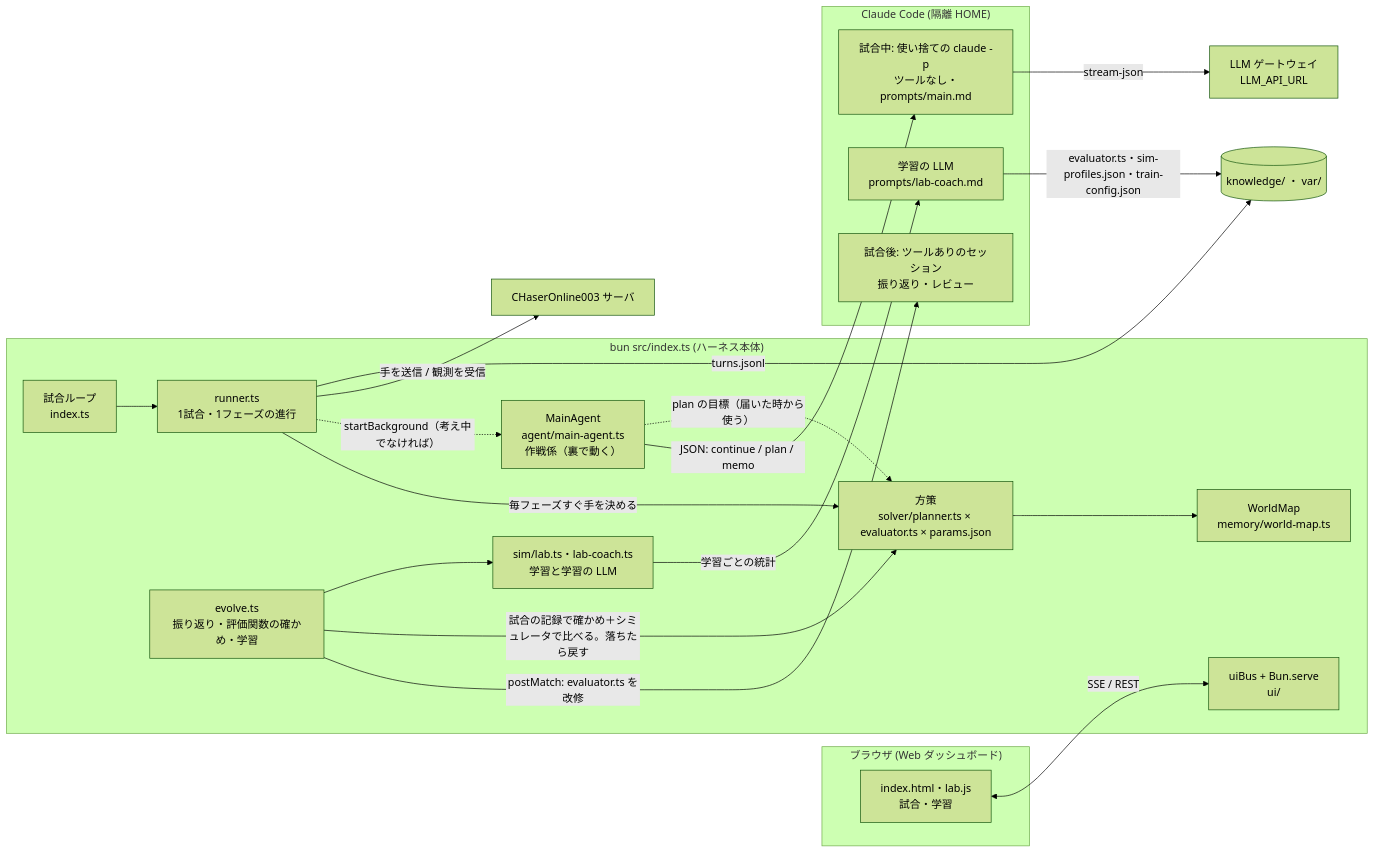
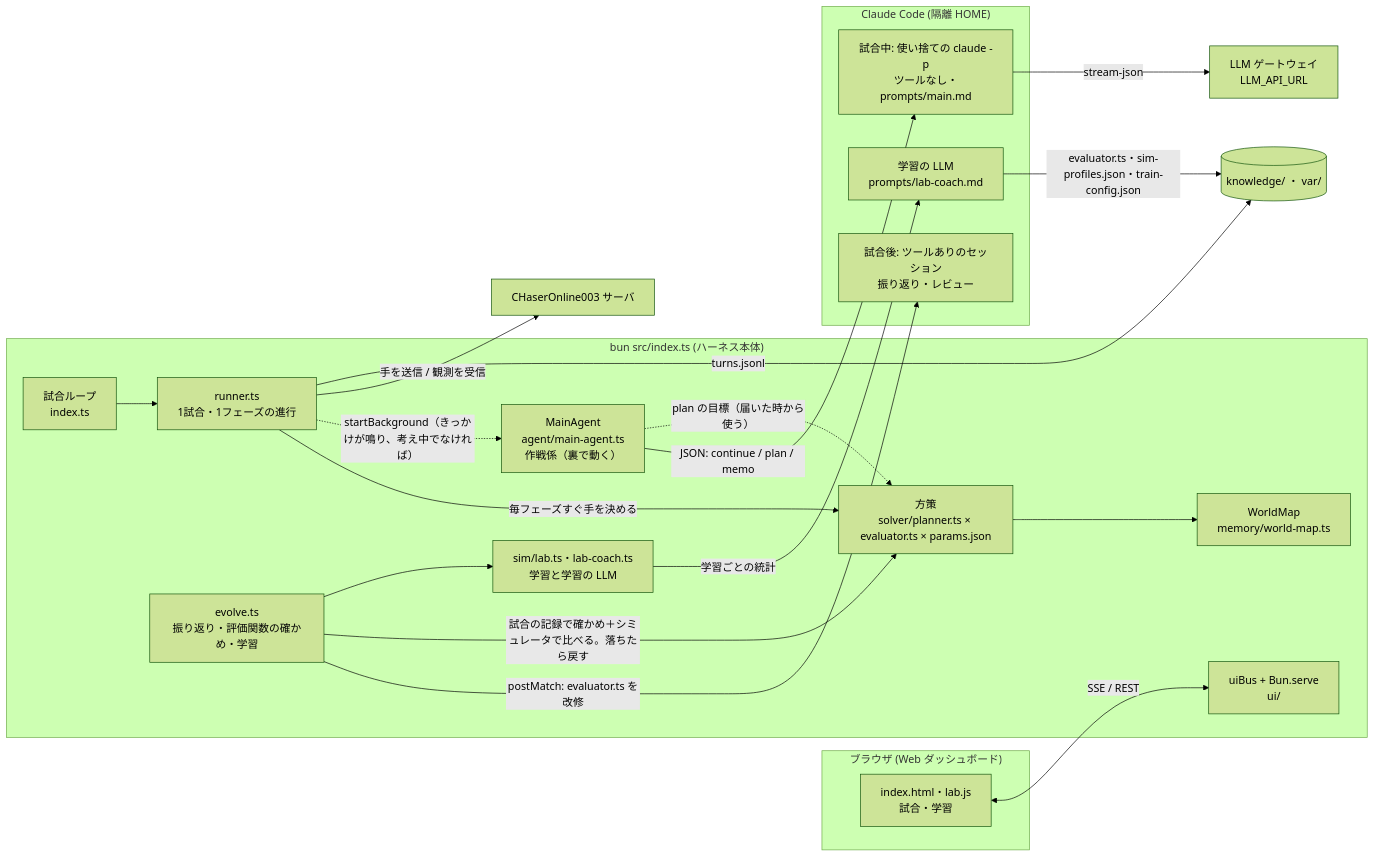
Before and after one commit to CHACCHAN/chaser-online-llm: the diagram in docs/architecture.md, drawn with Mermaid (forest theme). The commit also changed other lines of this file and 20 other files, not shown here.

````diff
--- a/docs/architecture.md
+++ b/docs/architecture.md
@@ -9,43 +9,43 @@
 ```mermaid
 flowchart LR
   subgraph Browser["ブラウザ (Web ダッシュボード)"]
     UI["index.html・lab.js<br/>試合・学習"]
   end
 
   subgraph App["bun src/index.ts (ハーネス本体)"]
     Loop["試合ループ<br/>index.ts"]
     Runner["runner.ts<br/>1試合・1フェーズの進行"]
     Policy["方策<br/>solver/planner.ts × evaluator.ts × params.json"]
     Main["MainAgent<br/>agent/main-agent.ts<br/>作戦係（裏で動く）"]
     World["WorldMap<br/>memory/world-map.ts"]
     Evolve["evolve.ts<br/>振り返り・評価関数の確かめ・学習"]
     Lab["sim/lab.ts・lab-coach.ts<br/>学習と学習の LLM"]
     Bus["uiBus + Bun.serve<br/>ui/"]
   end
 
   subgraph Claude["Claude Code (隔離 HOME)"]
     MainSess["試合中: 使い捨ての claude -p<br/>ツールなし・prompts/main.md"]
     Post["試合後: ツールありのセッション<br/>振り返り・レビュー"]
     Coach["学習の LLM<br/>prompts/lab-coach.md"]
   end
 
   FS[("knowledge/ ・ var/")]
   CHS["CHaserOnline003 サーバ"]
   GW["LLM ゲートウェイ<br/>LLM_API_URL"]
 
   UI <-- "SSE / REST" --> Bus
   Loop --> Runner
   Runner -- "毎フェーズすぐ手を決める" --> Policy
   Policy --> World
-  Runner -. "startBackground（考え中でなければ）" .-> Main
+  Runner -. "startBackground（きっかけが鳴り、考え中でなければ）" .-> Main
   Main -- "JSON: continue / plan / memo" --> MainSess
   Main -. "plan の目標（届いた時から使う）" .-> Policy
   MainSess -- "stream-json" --> GW
   Runner -- "手を送信 / 観測を受信" --> CHS
   Runner -- "turns.jsonl" --> FS
   Evolve -- "postMatch: evaluator.ts を改修" --> Post
   Evolve -- "試合の記録で確かめ＋シミュレータで比べる。落ちたら戻す" --> Policy
   Evolve --> Lab
   Lab -- "学習ごとの統計" --> Coach
   Coach -- "evaluator.ts・sim-profiles.json・train-config.json" --> FS
 ```
````
